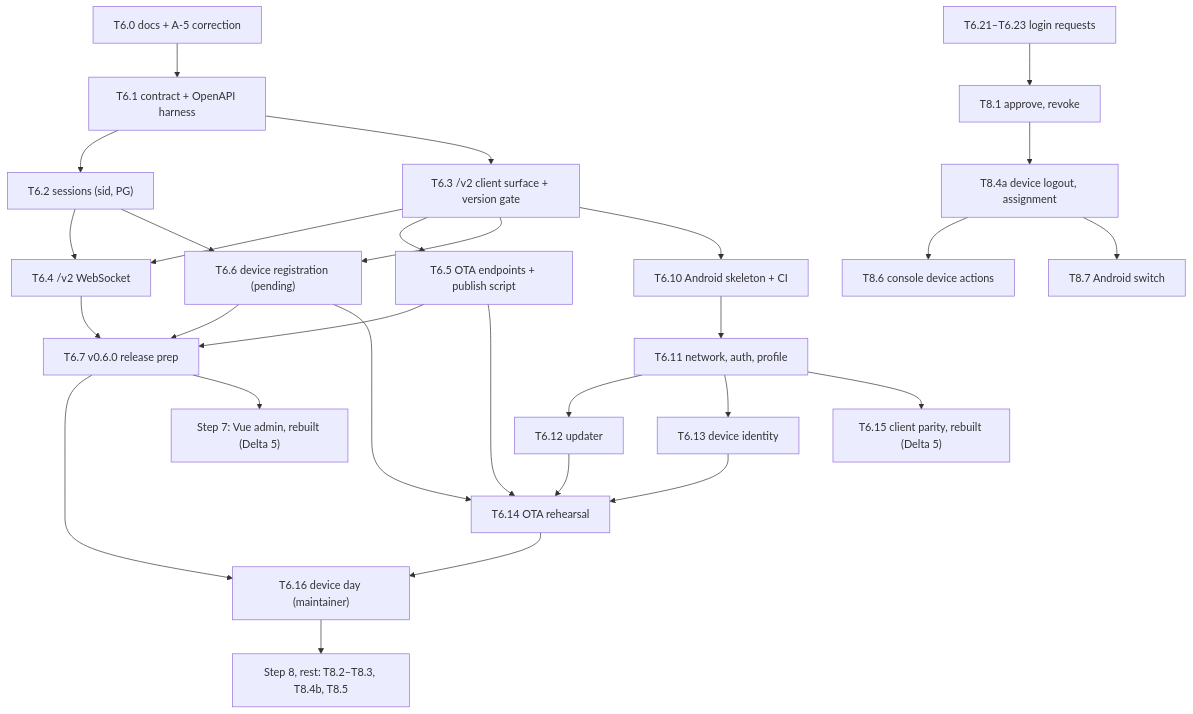
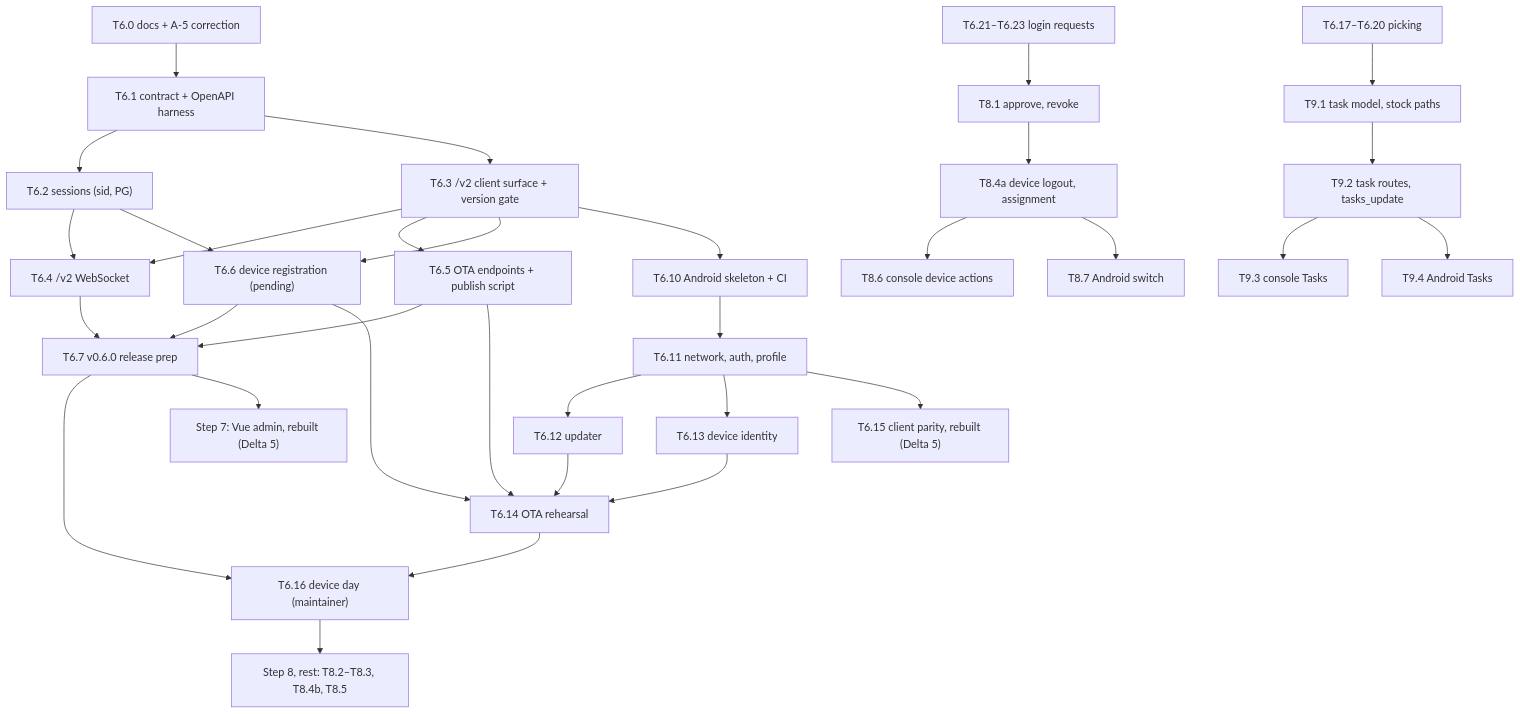
One commit to chsrisi/order-checker changed the second of 2 diagrams in docs/IMPLEMENTATION_PLAN.md. Above: the diagram before and after it, drawn with Mermaid. The commit also changed other lines of this file and 4 other files, not shown here.

````diff
--- a/docs/IMPLEMENTATION_PLAN.md
+++ b/docs/IMPLEMENTATION_PLAN.md
@@ -569,31 +574,35 @@
 ```mermaid
 flowchart TD
   T60["T6.0 docs + A-5 correction"] --> T61["T6.1 contract + OpenAPI harness"]
   T61 --> T62["T6.2 sessions (sid, PG)"]
   T61 --> T63["T6.3 /v2 client surface + version gate"]
   T62 --> T64["T6.4 /v2 WebSocket"]
   T63 --> T64
   T63 --> T65["T6.5 OTA endpoints + publish script"]
   T62 --> T66["T6.6 device registration (pending)"]
   T63 --> T66
   T64 --> T67["T6.7 v0.6.0 release prep"]
   T65 --> T67
   T66 --> T67
   T63 --> T610["T6.10 Android skeleton + CI"]
   T610 --> T611["T6.11 network, auth, profile"]
   T611 --> T612["T6.12 updater"]
   T611 --> T613["T6.13 device identity"]
   T612 --> T614["T6.14 OTA rehearsal"]
   T613 --> T614
   T65 --> T614
   T66 --> T614
   T614 --> DD["T6.16 device day (maintainer)"]
   T67 --> DD
   T611 --> T615["T6.15 client parity, rebuilt (Delta 5)"]
   T67 --> S7["Step 7: Vue admin, rebuilt (Delta 5)"]
   T623["T6.21–T6.23 login requests"] --> T81["T8.1 approve, revoke"]
   T81 --> T84a["T8.4a device logout, assignment"]
   T84a --> T86["T8.6 console device actions"]
   T84a --> T87["T8.7 Android switch"]
   DD --> S8["Step 8, rest: T8.2–T8.3, T8.4b, T8.5"]
+  T620["T6.17–T6.20 picking"] --> T91["T9.1 task model, stock paths"]
+  T91 --> T92["T9.2 task routes, tasks_update"]
+  T92 --> T93["T9.3 console Tasks"]
+  T92 --> T94["T9.4 Android Tasks"]
 ```
````
